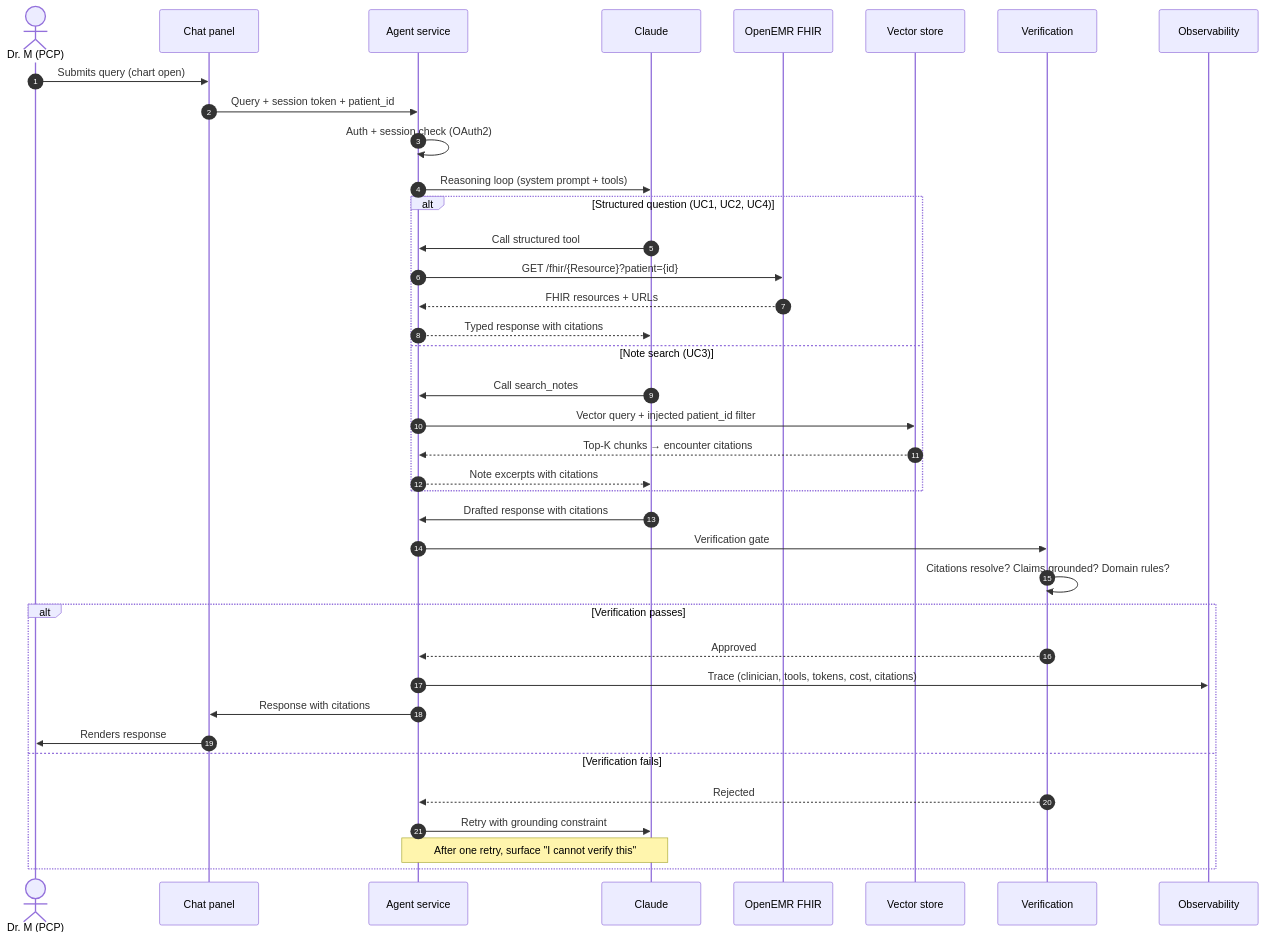
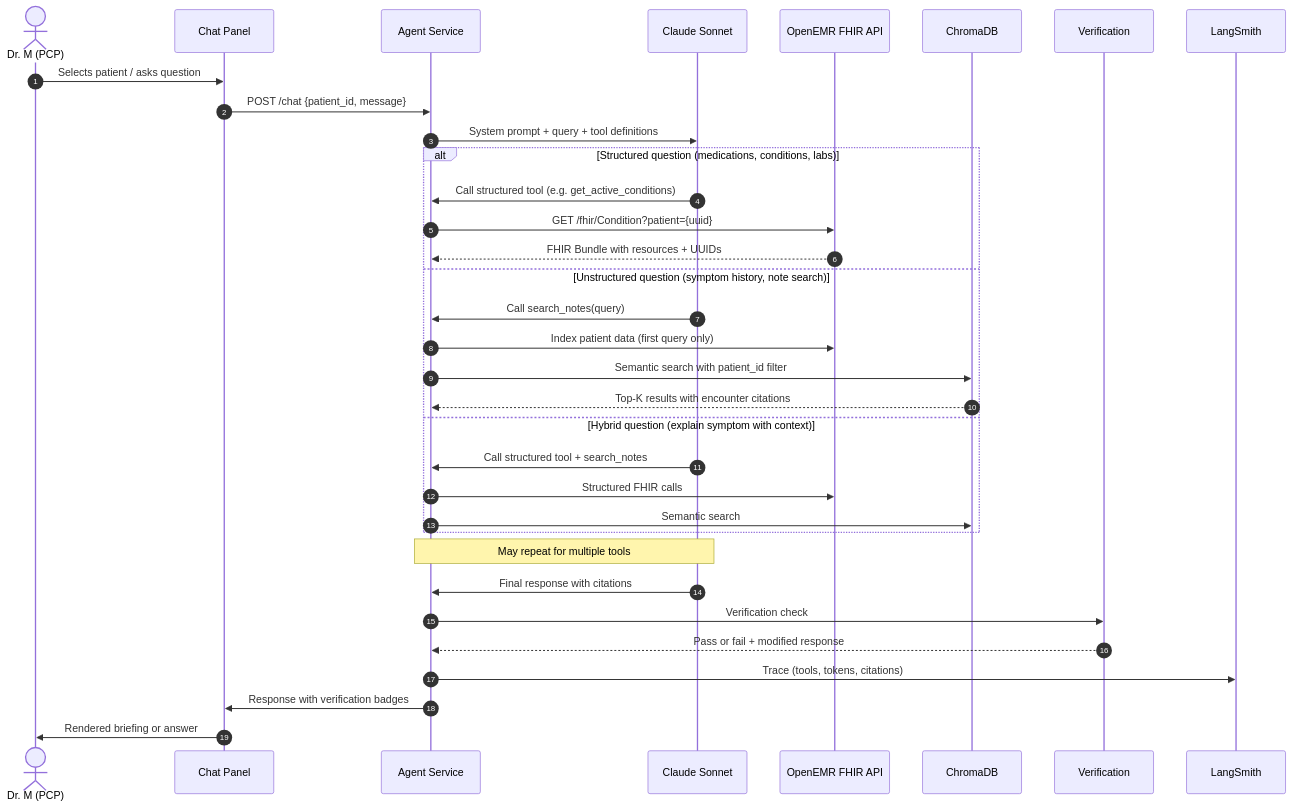
Before and after one commit to heilashahidi/openemr: the second of 2 diagrams in ARCHITECTURE.md, drawn with Mermaid. The commit also changed other lines of this file, not shown here.

Commit message:
update architecture docs to reflect RAG implementation

````diff
--- a/ARCHITECTURE.md
+++ b/ARCHITECTURE.md
@@ -99,44 +100,39 @@
 ```mermaid
 sequenceDiagram
     autonumber
     actor PCP as Dr. M (PCP)
-    participant UI as Chat panel
-    participant AGENT as Agent service
-    participant LLM as Claude
-    participant FHIR as OpenEMR FHIR
-    participant VS as Vector store
+    participant UI as Chat Panel
+    participant AGENT as Agent Service
+    participant LLM as Claude Sonnet
+    participant FHIR as OpenEMR FHIR API
+    participant RAG as ChromaDB
     participant V as Verification
-    participant OBS as Observability
+    participant OBS as LangSmith
 
-    PCP->>UI: Submits query (chart open)
-    UI->>AGENT: Query + session token + patient_id
-    AGENT->>AGENT: Auth + session check (OAuth2)
-    AGENT->>LLM: Reasoning loop (system prompt + tools)
-
-    alt Structured question (UC1, UC2, UC4)
-        LLM->>AGENT: Call structured tool
-        AGENT->>FHIR: GET /fhir/{Resource}?patient={id}
-        FHIR-->>AGENT: FHIR resources + URLs
-        AGENT-->>LLM: Typed response with citations
-    else Note search (UC3)
-        LLM->>AGENT: Call search_notes
-        AGENT->>VS: Vector query + injected patient_id filter
-        VS-->>AGENT: Top-K chunks → encounter citations
-        AGENT-->>LLM: Note excerpts with citations
+    PCP->>UI: Selects patient / asks question
+    UI->>AGENT: POST /chat {patient_id, message}
+    AGENT->>LLM: System prompt + query + tool definitions
+    
+    alt Structured question (medications, conditions, labs)
+        LLM->>AGENT: Call structured tool (e.g. get_active_conditions)
+        AGENT->>FHIR: GET /fhir/Condition?patient={uuid}
+        FHIR-->>AGENT: FHIR Bundle with resources + UUIDs
+    else Unstructured question (symptom history, note search)
+        LLM->>AGENT: Call search_notes(query)
+        AGENT->>FHIR: Index patient data (first query only)
+        AGENT->>RAG: Semantic search with patient_id filter
+        RAG-->>AGENT: Top-K results with encounter citations
+    else Hybrid question (explain symptom with context)
+        LLM->>AGENT: Call structured tool + search_notes
+        AGENT->>FHIR: Structured FHIR calls
+        AGENT->>RAG: Semantic search
     end
-
-    LLM->>AGENT: Drafted response with citations
-    AGENT->>V: Verification gate
-    V->>V: Citations resolve? Claims grounded? Domain rules?
-
-    alt Verification passes
-        V-->>AGENT: Approved
-        AGENT->>OBS: Trace (clinician, tools, tokens, cost, citations)
-        AGENT->>UI: Response with citations
-        UI->>PCP: Renders response
-    else Verification fails
-        V-->>AGENT: Rejected
-        AGENT->>LLM: Retry with grounding constraint
-        Note over AGENT,LLM: After one retry, surface "I cannot verify this"
-    end
+    
+    Note over LLM,AGENT: May repeat for multiple tools
+    LLM->>AGENT: Final response with citations
+    AGENT->>V: Verification check
+    V-->>AGENT: Pass or fail + modified response
+    AGENT->>OBS: Trace (tools, tokens, citations)
+    AGENT->>UI: Response with verification badges
+    UI->>PCP: Rendered briefing or answer
 ```
````
